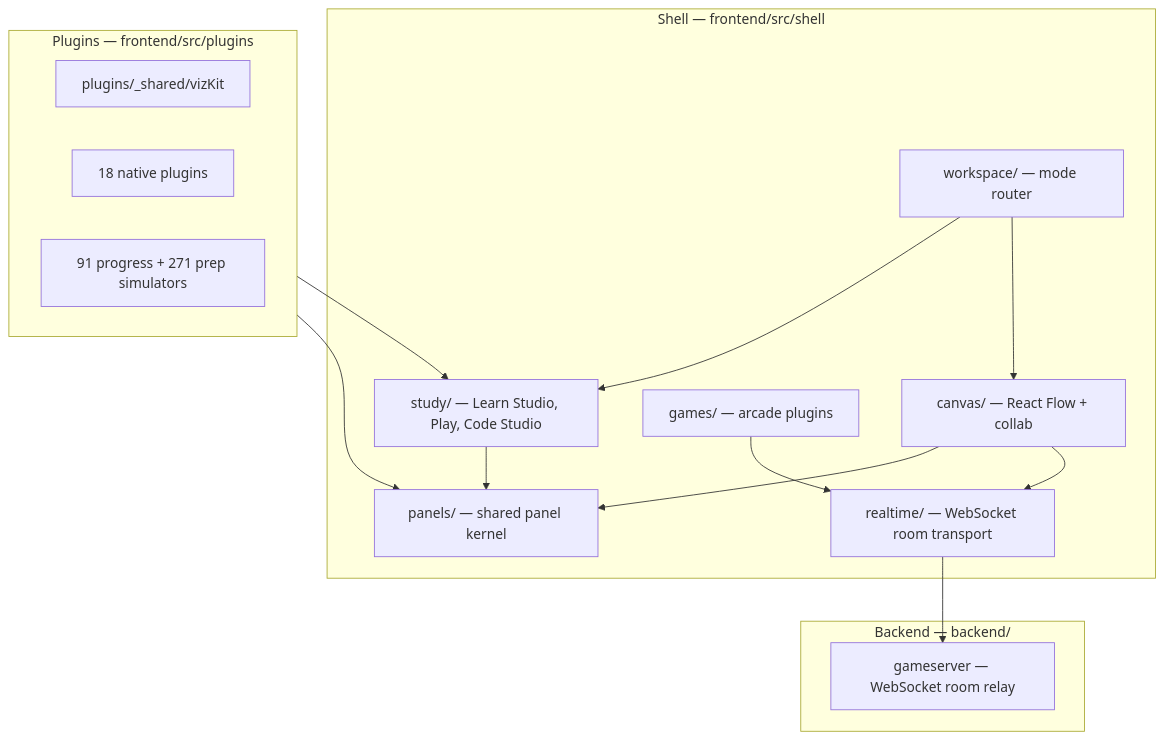
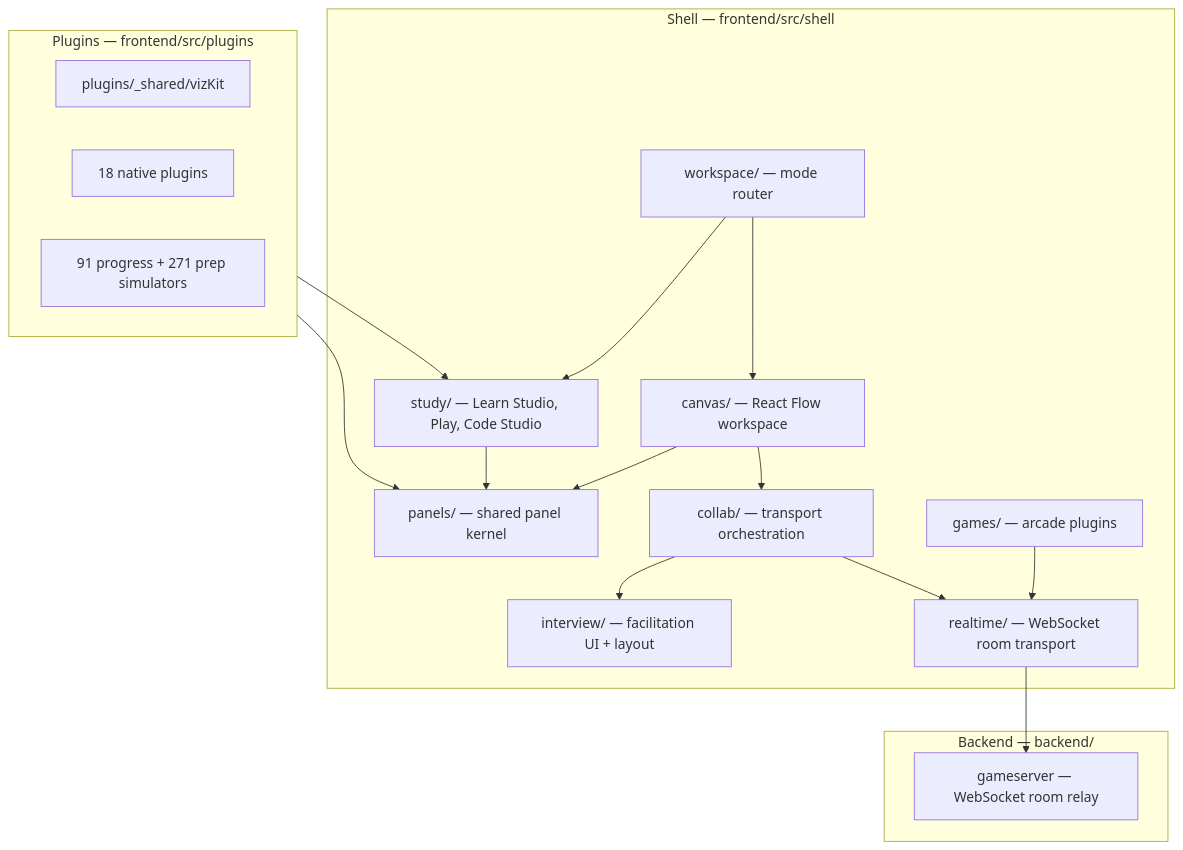
The first of 2 diagrams in docs/architecture.md (samir-ahmed-ai/algo-moves), drawn with Mermaid before and after one commit. The commit also changed other lines of this file and 1230 other files, not shown here.

````diff
--- a/docs/architecture.md
+++ b/docs/architecture.md
@@ -5,28 +5,32 @@
 ```mermaid
 flowchart TB
   subgraph shell [Shell — frontend/src/shell]
     Workspace["workspace/ — mode router"]
     Study["study/ — Learn Studio, Play, Code Studio"]
-    Canvas["canvas/ — React Flow + collab"]
+    Canvas["canvas/ — React Flow workspace"]
+    Collab["collab/ — transport orchestration"]
+    Interview["interview/ — facilitation UI + layout"]
     Panels["panels/ — shared panel kernel"]
     Realtime["realtime/ — WebSocket room transport"]
     GamesArcade["games/ — arcade plugins"]
   end
   subgraph plugins [Plugins — frontend/src/plugins]
     vizKit["plugins/_shared/vizKit"]
     native["18 native plugins"]
     imported["91 progress + 271 prep simulators"]
   end
   subgraph backend [Backend — backend/]
     GameServer["gameserver — WebSocket room relay"]
   end
   Workspace --> Study
   Workspace --> Canvas
   Study --> Panels
   Canvas --> Panels
-  Canvas --> Realtime
+  Canvas --> Collab
+  Collab --> Interview
+  Collab --> Realtime
   GamesArcade --> Realtime
   Realtime --> GameServer
   plugins --> Panels
   plugins --> Study
 ```
````
